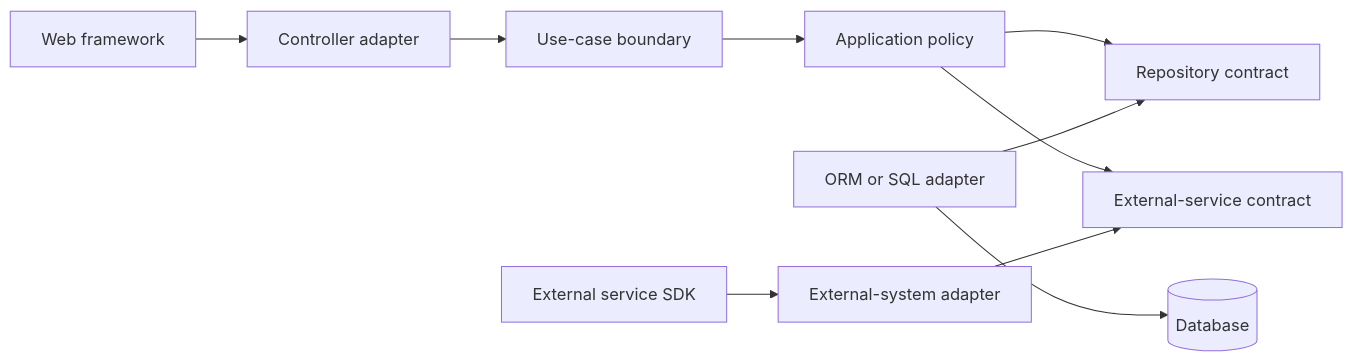
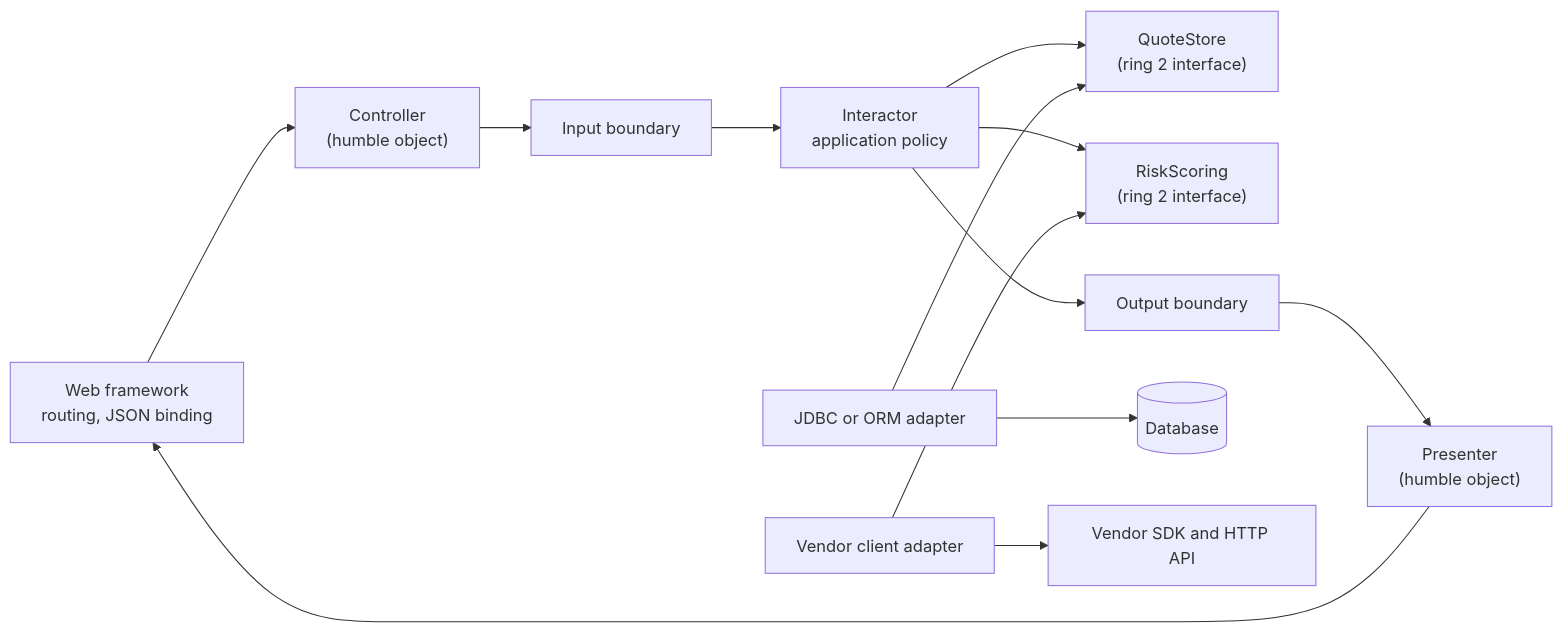
The sixth of 10 diagrams in 20_Architecture_Patterns/CH03_Clean_Architecture.md (joydasss/Architect), drawn with Mermaid before and after one commit. The commit also changed other lines of this file and 295 other files, not shown here.

````diff
--- a/20_Architecture_Patterns/CH03_Clean_Architecture.md
+++ b/20_Architecture_Patterns/CH03_Clean_Architecture.md
@@ -86,12 +389,15 @@
 ```mermaid
 flowchart LR
-    Web[Web framework] --> Controller[Controller adapter]
-    Controller --> Input[Use-case boundary]
-    Input --> Interactor[Application policy]
-    Interactor --> RepositoryPort[Repository contract]
-    RepositoryAdapter[ORM or SQL adapter] --> RepositoryPort
-    RepositoryAdapter --> Database[(Database)]
-    Vendor[External service SDK] --> ExternalAdapter[External-system adapter]
-    Interactor --> ExternalPort[External-service contract]
-    ExternalAdapter --> ExternalPort
+    Web["Web framework<br/>routing, JSON binding"] --> Controller["Controller<br/>(humble object)"]
+    Controller --> Input["Input boundary"]
+    Input --> Interactor["Interactor<br/>application policy"]
+    Interactor --> StorePort["QuoteStore<br/>(ring 2 interface)"]
+    Interactor --> ScorePort["RiskScoring<br/>(ring 2 interface)"]
+    Interactor --> Output["Output boundary"]
+    Output --> Presenter["Presenter<br/>(humble object)"]
+    Presenter --> Web
+    StoreAdapter["JDBC or ORM adapter"] --> StorePort
+    StoreAdapter --> DB[("Database")]
+    VendorAdapter["Vendor client adapter"] --> ScorePort
+    VendorAdapter --> Vendor["Vendor SDK and HTTP API"]
 ```
````
